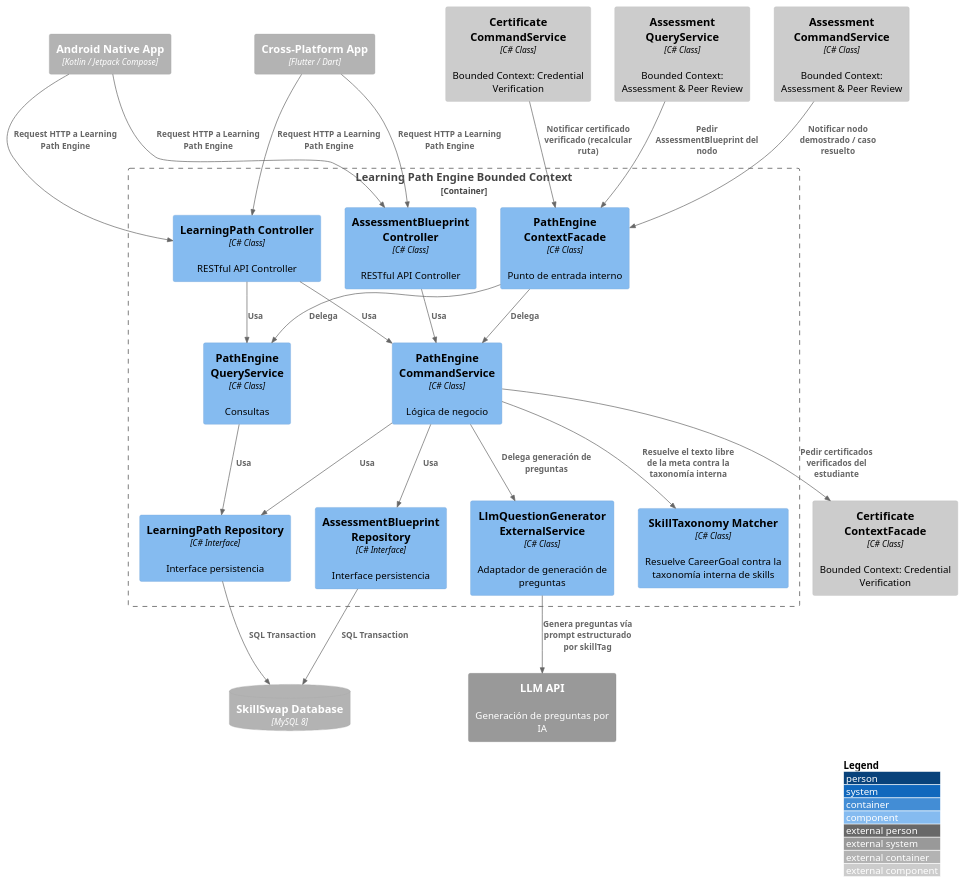
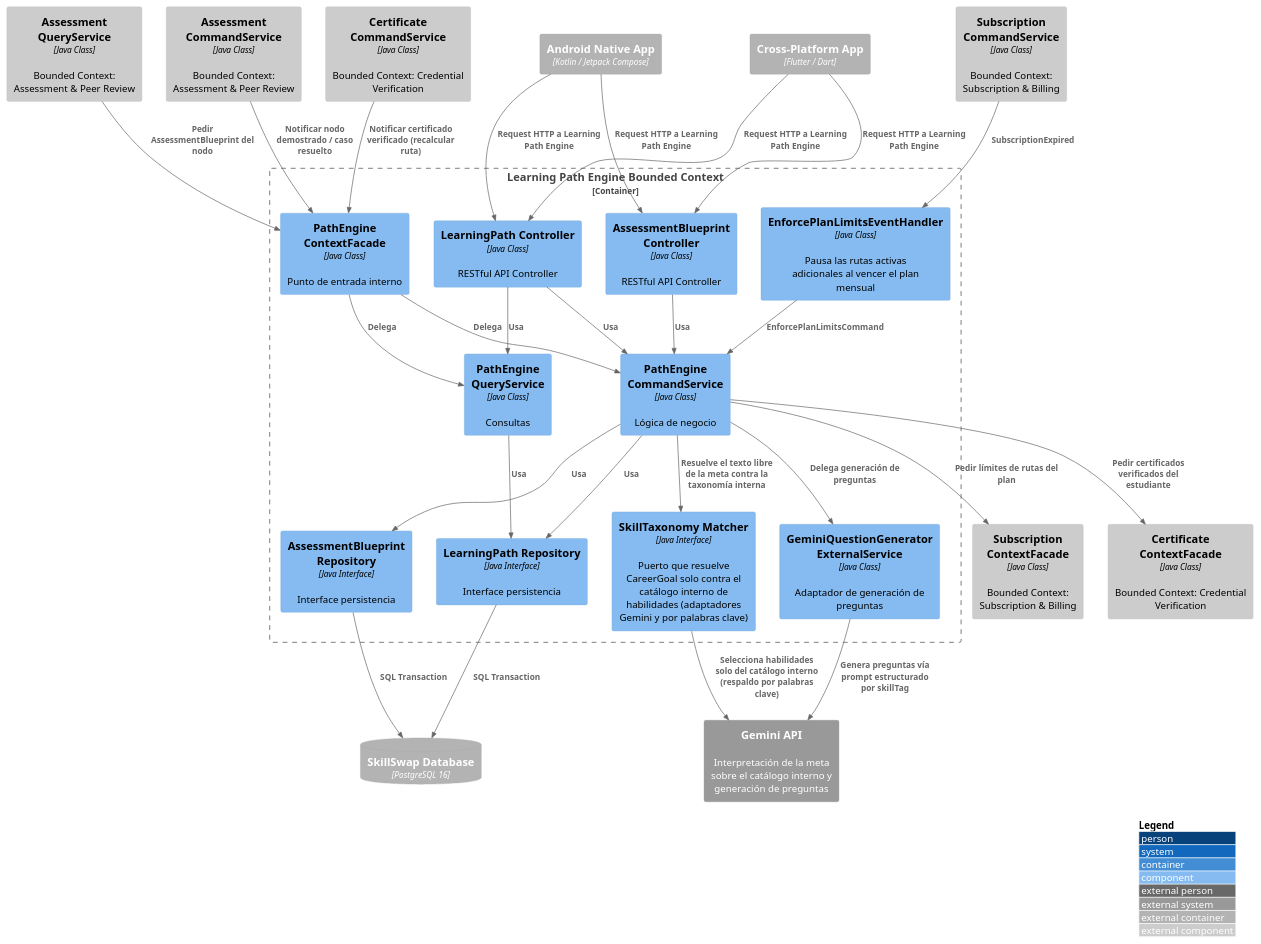
Before and after one commit to Aplicaciones-Dispositivos-Moviles/SkillSwap-ProjectReport: the diagram in DB&C4/Component Diagram — Learning & Assessment.puml, drawn with PlantUML. The commit also changed 32 other files, not shown here.

First line of the commit message:
docs(images): regenerate C4, context map and class diagrams from updated PlantUML sources

```diff
--- a/DB&C4/Component Diagram — Learning & Assessment.puml
+++ b/DB&C4/Component Diagram — Learning & Assessment.puml
@@ -1,57 +1,64 @@
 @startuml LearningPathEngineComponent
 !include https://raw.githubusercontent.com/plantuml-stdlib/C4-PlantUML/master/C4_Component.puml
 
 LAYOUT_WITH_LEGEND()
 
 Container_Ext(androidApp, "Android Native App", "Kotlin / Jetpack Compose")
 Container_Ext(flutterApp, "Cross-Platform App", "Flutter / Dart")
-ContainerDb_Ext(mainDB, "SkillSwap Database", "MySQL 8")
-System_Ext(llmApi, "LLM API", "Generación de preguntas por IA")
+ContainerDb_Ext(mainDB, "SkillSwap Database", "PostgreSQL 16")
+System_Ext(geminiApi, "Gemini API", "Interpretación de la meta sobre el catálogo interno y generación de preguntas")
 
 Container_Boundary(pathEngineBC, "Learning Path Engine Bounded Context") {
-    Component(learningPathController, "LearningPath Controller", "C# Class", "RESTful API Controller")
-    Component(assessmentBlueprintController, "AssessmentBlueprint Controller", "C# Class", "RESTful API Controller")
-    Component(pathEngineCommandService, "PathEngine CommandService", "C# Class", "Lógica de negocio")
-    Component(pathEngineQueryService, "PathEngine QueryService", "C# Class", "Consultas")
-    Component(skillTaxonomyMatcher, "SkillTaxonomy Matcher", "C# Class", "Resuelve CareerGoal contra la taxonomía interna de skills")
-    Component(learningPathRepository, "LearningPath Repository", "C# Interface", "Interface persistencia")
-    Component(assessmentBlueprintRepository, "AssessmentBlueprint Repository", "C# Interface", "Interface persistencia")
-    Component(llmGeneratorExternal, "LlmQuestionGenerator ExternalService", "C# Class", "Adaptador de generación de preguntas")
-    Component(pathEngineContextFacade, "PathEngine ContextFacade", "C# Class", "Punto de entrada interno")
+    Component(learningPathController, "LearningPath Controller", "Java Class", "RESTful API Controller")
+    Component(assessmentBlueprintController, "AssessmentBlueprint Controller", "Java Class", "RESTful API Controller")
+    Component(pathEngineCommandService, "PathEngine CommandService", "Java Class", "Lógica de negocio")
+    Component(pathEngineQueryService, "PathEngine QueryService", "Java Class", "Consultas")
+    Component(skillTaxonomyMatcher, "SkillTaxonomy Matcher", "Java Interface", "Puerto que resuelve CareerGoal solo contra el catálogo interno de habilidades (adaptadores Gemini y por palabras clave)")
+    Component(learningPathRepository, "LearningPath Repository", "Java Interface", "Interface persistencia")
+    Component(assessmentBlueprintRepository, "AssessmentBlueprint Repository", "Java Interface", "Interface persistencia")
+    Component(llmGeneratorExternal, "GeminiQuestionGenerator ExternalService", "Java Class", "Adaptador de generación de preguntas")
+    Component(enforcePlanLimitsHandler, "EnforcePlanLimitsEventHandler", "Java Class", "Pausa las rutas activas adicionales al vencer el plan mensual")
+    Component(pathEngineContextFacade, "PathEngine ContextFacade", "Java Class", "Punto de entrada interno")
 }
 
-Component_Ext(credentialContextFacade, "Certificate ContextFacade", "C# Class", "Bounded Context: Credential Verification")
-Component_Ext(credentialCommandService, "Certificate CommandService", "C# Class", "Bounded Context: Credential Verification")
+Component_Ext(credentialContextFacade, "Certificate ContextFacade", "Java Class", "Bounded Context: Credential Verification")
+Component_Ext(credentialCommandService, "Certificate CommandService", "Java Class", "Bounded Context: Credential Verification")
 
-Component_Ext(assessmentQueryService, "Assessment QueryService", "C# Class", "Bounded Context: Assessment & Peer Review")
-Component_Ext(assessmentCommandService, "Assessment CommandService", "C# Class", "Bounded Context: Assessment & Peer Review")
+Component_Ext(assessmentQueryService, "Assessment QueryService", "Java Class", "Bounded Context: Assessment & Peer Review")
+Component_Ext(assessmentCommandService, "Assessment CommandService", "Java Class", "Bounded Context: Assessment & Peer Review")
+Component_Ext(subscriptionContextFacade, "Subscription ContextFacade", "Java Class", "Bounded Context: Subscription & Billing")
+Component_Ext(subscriptionCommandService, "Subscription CommandService", "Java Class", "Bounded Context: Subscription & Billing")
 
 Rel(androidApp, learningPathController, "Request HTTP a Learning Path Engine")
 Rel(flutterApp, learningPathController, "Request HTTP a Learning Path Engine")
 Rel(androidApp, assessmentBlueprintController, "Request HTTP a Learning Path Engine")
 Rel(flutterApp, assessmentBlueprintController, "Request HTTP a Learning Path Engine")
 
 Rel(learningPathController, pathEngineCommandService, "Usa")
 Rel(learningPathController, pathEngineQueryService, "Usa")
 Rel(assessmentBlueprintController, pathEngineCommandService, "Usa")
 
 Rel(pathEngineCommandService, learningPathRepository, "Usa")
 Rel(pathEngineCommandService, assessmentBlueprintRepository, "Usa")
 Rel(pathEngineQueryService, learningPathRepository, "Usa")
 Rel(learningPathRepository, mainDB, "SQL Transaction")
 Rel(assessmentBlueprintRepository, mainDB, "SQL Transaction")
 
 Rel(pathEngineCommandService, skillTaxonomyMatcher, "Resuelve el texto libre de la meta contra la taxonomía interna")
 Rel(pathEngineCommandService, llmGeneratorExternal, "Delega generación de preguntas")
-Rel(llmGeneratorExternal, llmApi, "Genera preguntas vía prompt estructurado por skillTag")
+Rel(llmGeneratorExternal, geminiApi, "Genera preguntas vía prompt estructurado por skillTag")
+Rel(skillTaxonomyMatcher, geminiApi, "Selecciona habilidades solo del catálogo interno (respaldo por palabras clave)")
+Rel(pathEngineCommandService, subscriptionContextFacade, "Pedir límites de rutas del plan")
+Rel(subscriptionCommandService, enforcePlanLimitsHandler, "SubscriptionExpired")
+Rel(enforcePlanLimitsHandler, pathEngineCommandService, "EnforcePlanLimitsCommand")
 
 Rel(pathEngineCommandService, credentialContextFacade, "Pedir certificados verificados del estudiante")
 
 Rel(pathEngineContextFacade, pathEngineCommandService, "Delega")
 Rel(pathEngineContextFacade, pathEngineQueryService, "Delega")
 
 Rel(credentialCommandService, pathEngineContextFacade, "Notificar certificado verificado (recalcular ruta)")
 Rel(assessmentQueryService, pathEngineContextFacade, "Pedir AssessmentBlueprint del nodo")
 Rel(assessmentCommandService, pathEngineContextFacade, "Notificar nodo demostrado / caso resuelto")
 
 @enduml
```
